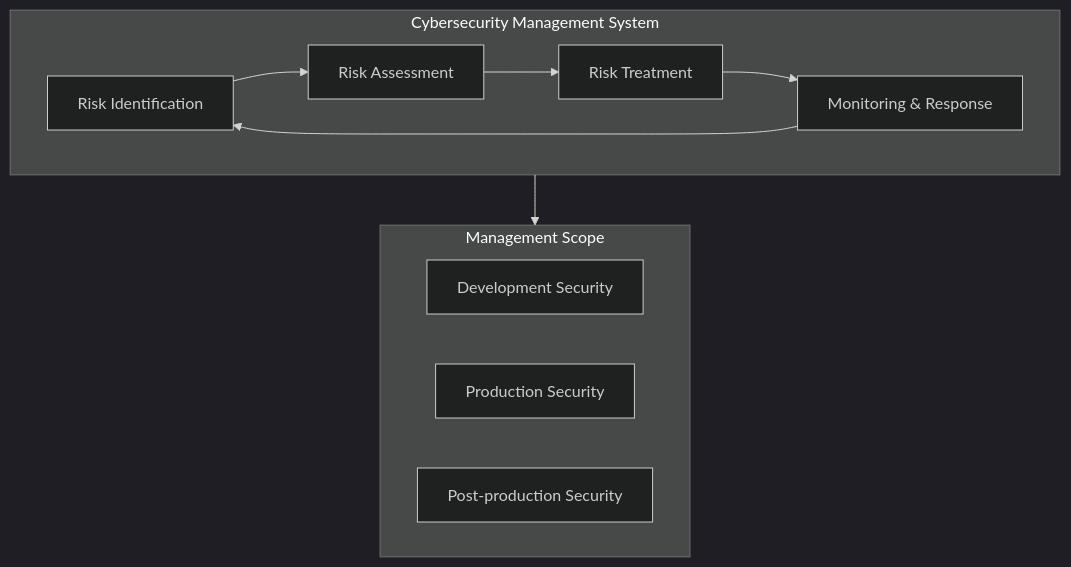
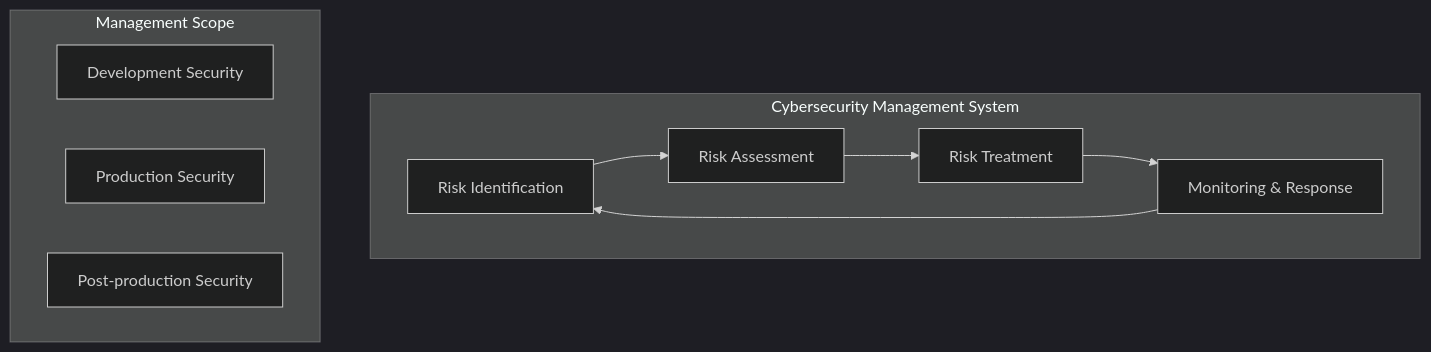
The first of 2 diagrams in docs/01_Standards_Level/Regulations_Matrix.en.md (michaellinhq/automotive-develop-architecture), drawn with Mermaid (dark theme) before and after one commit. The commit also changed other lines of this file and 7 other files, not shown here.

Commit message:
Harden Mermaid syntax in English docs

````diff
--- a/docs/01_Standards_Level/Regulations_Matrix.en.md
+++ b/docs/01_Standards_Level/Regulations_Matrix.en.md
@@ -116,17 +116,15 @@
 ```mermaid
 flowchart TD
     subgraph CSMS["Cybersecurity Management System"]
-        A[Risk Identification] --> B[Risk Assessment]
-        B --> C[Risk Treatment]
-        C --> D[Monitoring & Response]
+        A["Risk Identification"] --> B["Risk Assessment"]
+        B --> C["Risk Treatment"]
+        C --> D["Monitoring & Response"]
         D --> A
     end
 
     subgraph Scope["Management Scope"]
-        S1[Development Security]
-        S2[Production Security]
-        S3[Post-production Security]
+        S1["Development Security"]
+        S2["Production Security"]
+        S3["Post-production Security"]
     end
-
-    CSMS --> Scope
 ```
````
